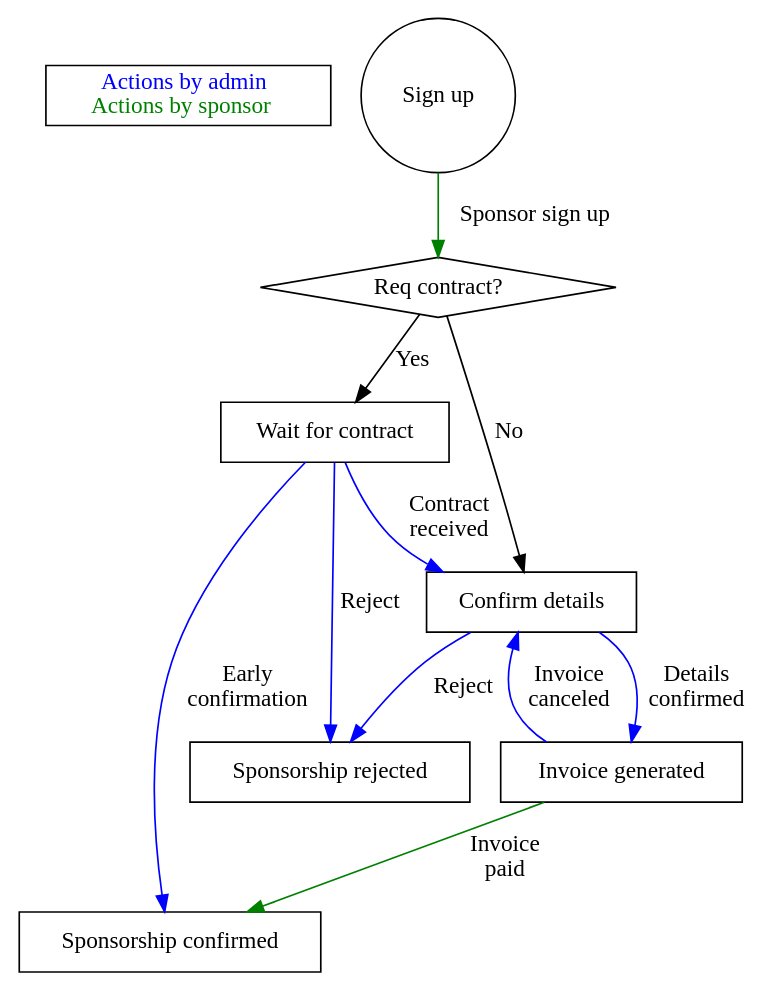
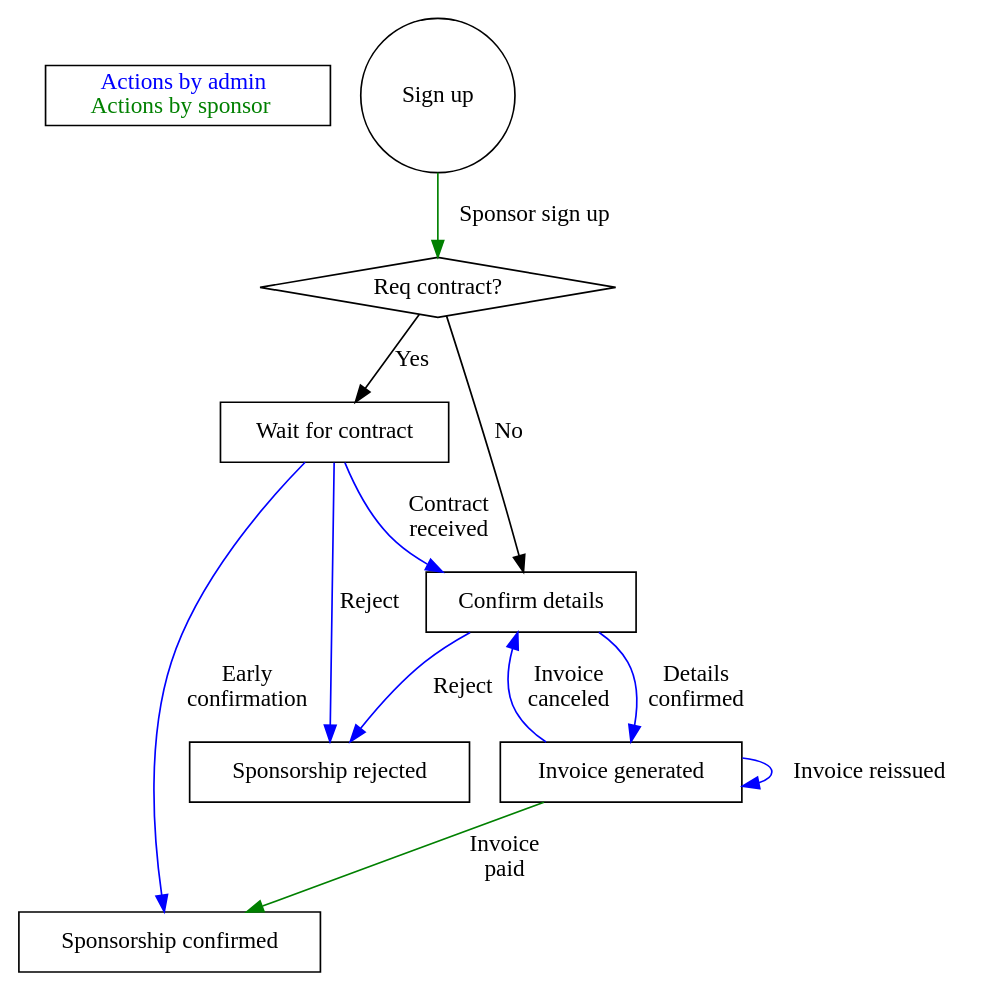
One commit to pgeu/pgeu-system changed the diagram in docs/confreg/graphs/sponsorsignup.dot. Above: the diagram before and after it, drawn with Graphviz. The commit also changed 8 other files, not shown here.

```diff
--- a/docs/confreg/graphs/sponsorsignup.dot
+++ b/docs/confreg/graphs/sponsorsignup.dot
@@ -1,27 +1,29 @@
 digraph sponsorsignup {
 	subgraph legend {
 		key[shape=box, label=<
 		    <font color="blue">Actions by admin</font><br/>
 		    <font color="green">Actions by sponsor</font><br/>
 		>, labeljust="l"]
 	}
 
 	start[shape=circle label="Sign up"];
 	type[shape=diamond label="Req contract?"];
 	confirm[shape=box label="Confirm details"];
 	invoice[shape=box label="Invoice generated"];
 	contract[shape=box label="Wait for contract"];
 	confirmed[shape=box label="Sponsorship confirmed"];
 	rejected[shape=box label="Sponsorship rejected"];
 
 	start -> type [label="Sponsor sign up", color=green];
 	type -> contract [label="Yes"];
 	type -> confirm [label="No"];
 	confirm -> invoice [label="Details\nconfirmed", color=blue];
 	contract -> confirm [label="Contract\nreceived", color=blue];
 	contract -> confirmed [label="Early\nconfirmation", color=blue];
 	invoice -> confirmed [label="Invoice\npaid", color=green];
 	invoice -> confirm [label="Invoice\ncanceled", color=blue];
 	confirm -> rejected [label="Reject", color=blue];
 	contract -> rejected [label="Reject", color=blue];
+
+	invoice -> invoice [label="Invoice reissued", color=blue];
 }
```
